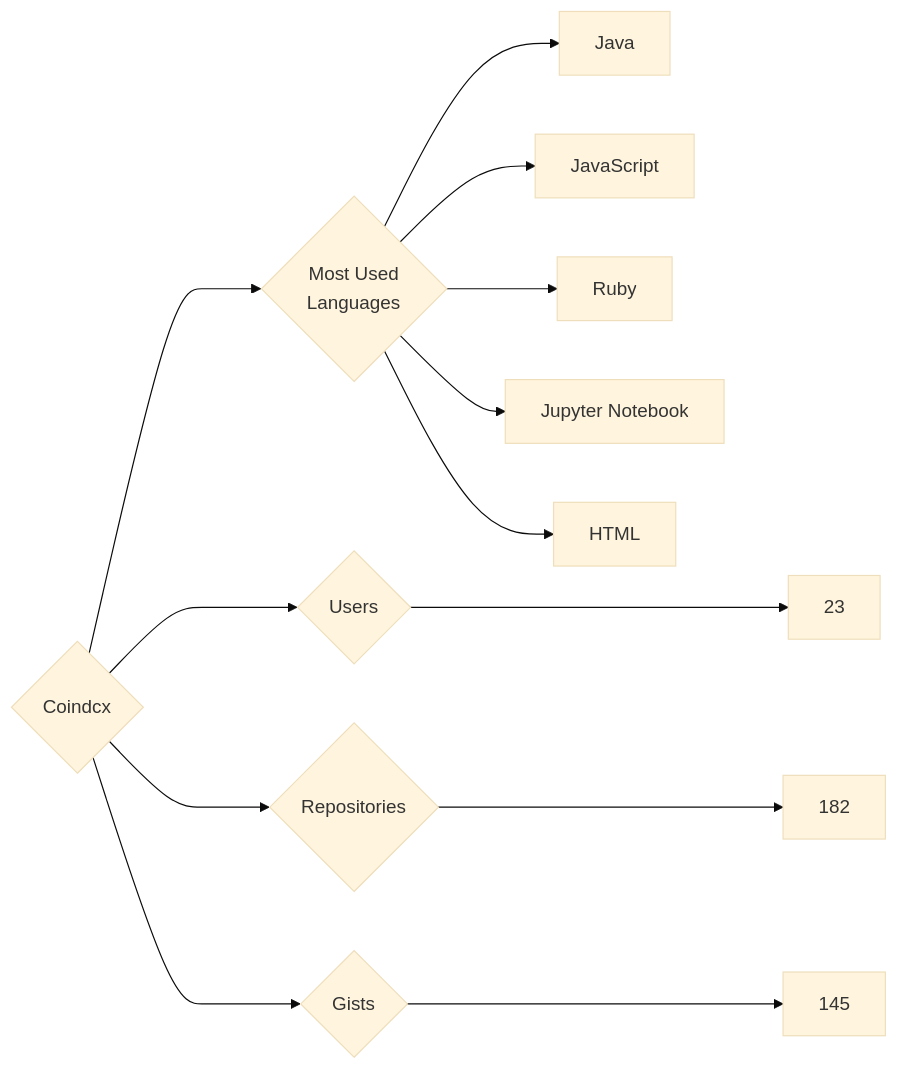
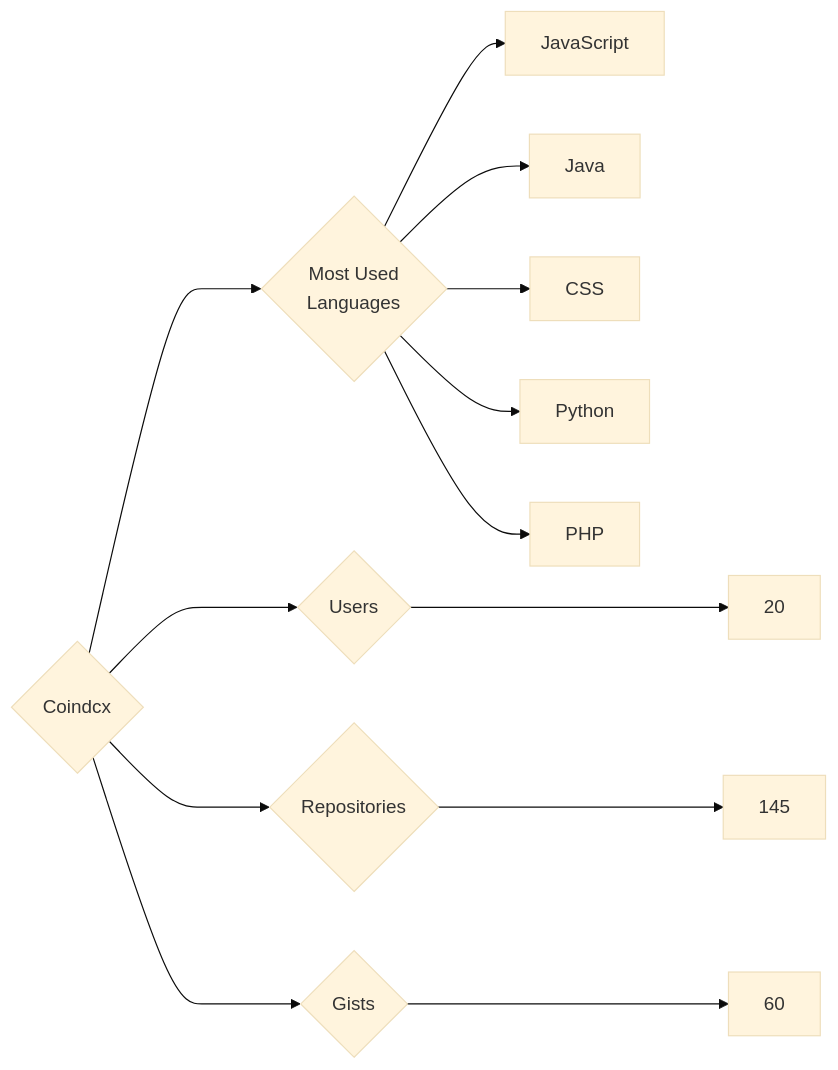
One commit to trickest/insiders changed the diagram in targets/Coindcx/README.md. Above: the diagram before and after it, drawn with Mermaid (base theme). The commit also changed 757 other files, not shown here.

````diff
--- a/targets/Coindcx/README.md
+++ b/targets/Coindcx/README.md
@@ -3,13 +3,13 @@
 ```mermaid
 graph LR
 COMPANY_NAME{Coindcx}
-COMPANY_NAME ---> U{Users} ---> UN[23]
-COMPANY_NAME ---> R{Repositories} ---> RN[182]
-COMPANY_NAME ---> G{Gists} ---> GN[145]
+COMPANY_NAME ---> U{Users} ---> UN[20]
+COMPANY_NAME ---> R{Repositories} ---> RN[145]
+COMPANY_NAME ---> G{Gists} ---> GN[60]
 COMPANY_NAME ---> ML{Most Used<br>Languages}
+ML --> JavaScript[JavaScript]
 ML --> Java[Java]
-ML --> JavaScript[JavaScript]
-ML --> Ruby[Ruby]
-ML --> Jupyter_Notebook[Jupyter Notebook]
-ML --> HTML[HTML]
+ML --> CSS[CSS]
+ML --> Python[Python]
+ML --> PHP[PHP]
 ```
````
